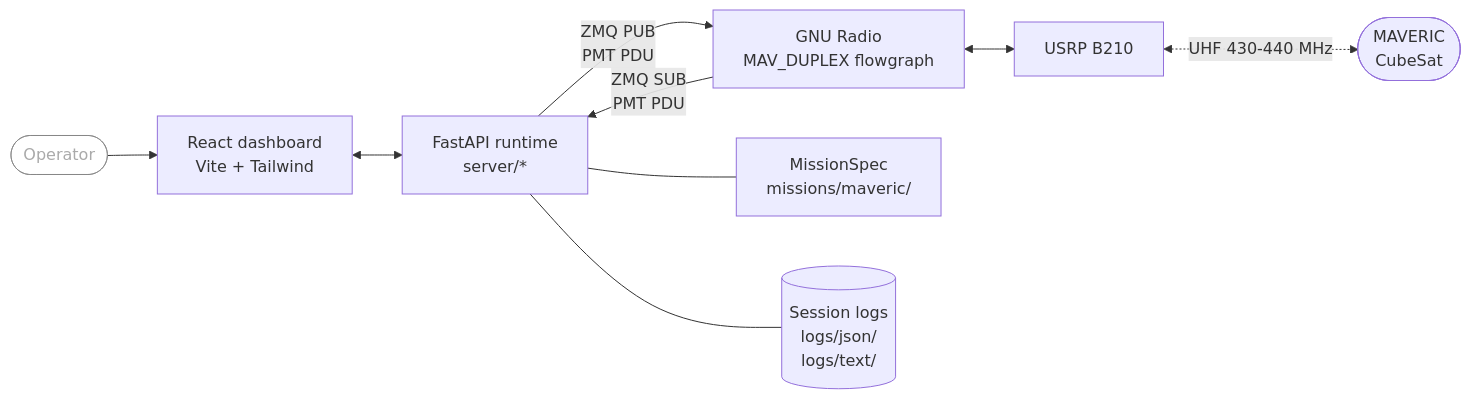
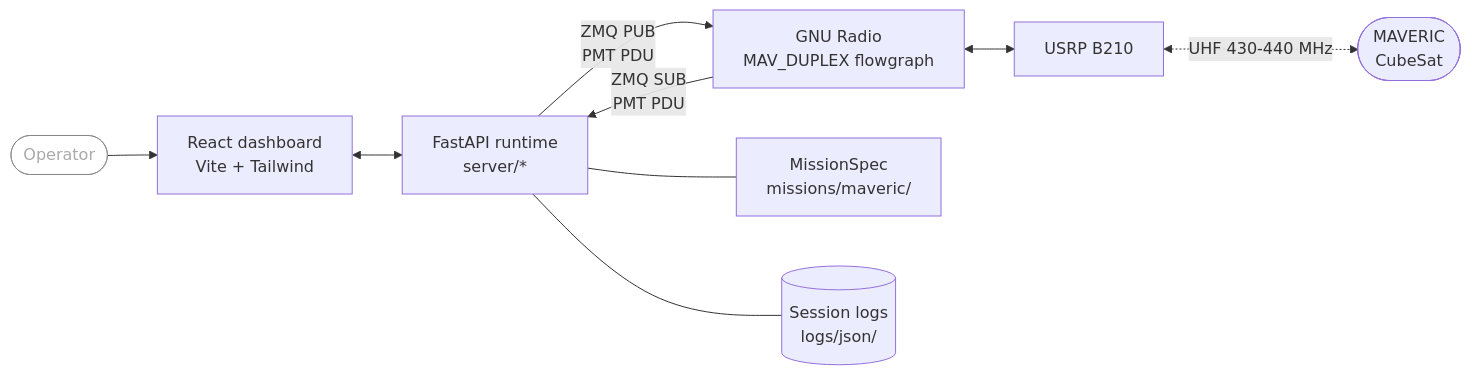
The first of 2 diagrams in README.md (totesirfan/MAVERIC-GSS-CODE), drawn with Mermaid before and after one commit. The commit also changed other lines of this file and 39 other files, not shown here.

````diff
--- a/README.md
+++ b/README.md
@@ -128,12 +129,12 @@
 ```mermaid
 flowchart LR
     Op([Operator]):::op --> UI[React dashboard<br/>Vite + Tailwind]
     UI <--> RT[FastAPI runtime<br/>server/*]
     RT -- ZMQ PUB<br/>PMT PDU --> GR[GNU Radio<br/>MAV_DUPLEX flowgraph]
     GR -- ZMQ SUB<br/>PMT PDU --> RT
     GR <--> Radio[USRP B210]
     Radio <-. UHF 430-440 MHz .-> Sat([MAVERIC<br/>CubeSat])
     RT --- MS[MissionSpec<br/>missions/maveric/]
-    RT --- LOG[(Session logs<br/>logs/json/<br/>logs/text/)]
+    RT --- LOG[(Session logs<br/>logs/json/)]
     classDef op fill:transparent,stroke:#888,color:#aaa
 ```
````
